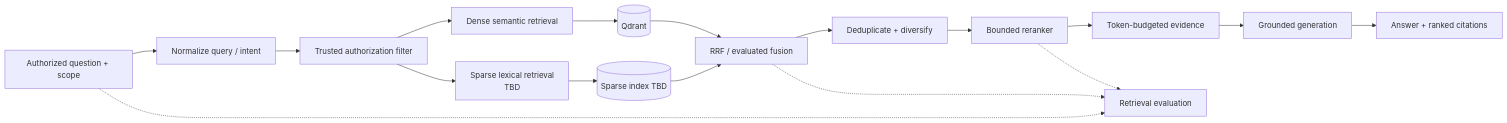
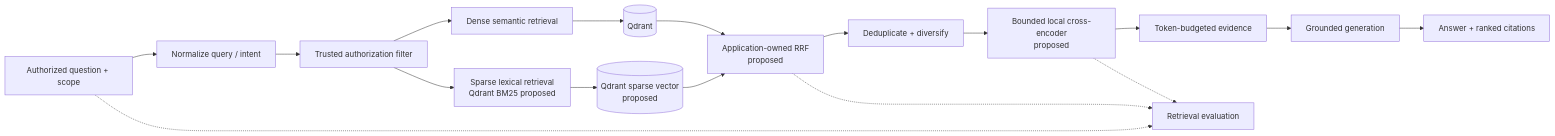
Before and after one commit to mvyas412/ai-projects: the seventh of 11 diagrams in mm-rag-full-stack-genai-bootcamp-3.0/docs/architecture/ARCHITECTURE.md, drawn with Mermaid. The commit also changed other lines of this file and 9 other files, not shown here.

````diff
--- a/mm-rag-full-stack-genai-bootcamp-3.0/docs/architecture/ARCHITECTURE.md
+++ b/mm-rag-full-stack-genai-bootcamp-3.0/docs/architecture/ARCHITECTURE.md
@@ -342,19 +343,19 @@
 ```mermaid
 flowchart LR
     question["Authorized question + scope"] --> prep["Normalize query / intent"]
     prep --> filter["Trusted authorization filter"]
     filter --> dense["Dense semantic retrieval"]
-    filter --> sparse["Sparse lexical retrieval<br/>TBD"]
+    filter --> sparse["Sparse lexical retrieval<br/>Qdrant BM25 proposed"]
     dense --> qdrant[("Qdrant")]
-    sparse --> sindex[("Sparse index TBD")]
-    qdrant --> fusion["RRF / evaluated fusion"]
+    sparse --> sindex[("Qdrant sparse vector<br/>proposed")]
+    qdrant --> fusion["Application-owned RRF<br/>proposed"]
     sindex --> fusion
     fusion --> dedupe["Deduplicate + diversify"]
-    dedupe --> rerank["Bounded reranker"]
+    dedupe --> rerank["Bounded local cross-encoder<br/>proposed"]
     rerank --> context["Token-budgeted evidence"]
     context --> generation["Grounded generation"]
     generation --> answer["Answer + ranked citations"]
     question -.-> evaluation["Retrieval evaluation"]
     fusion -.-> evaluation
     rerank -.-> evaluation
 ```
````
